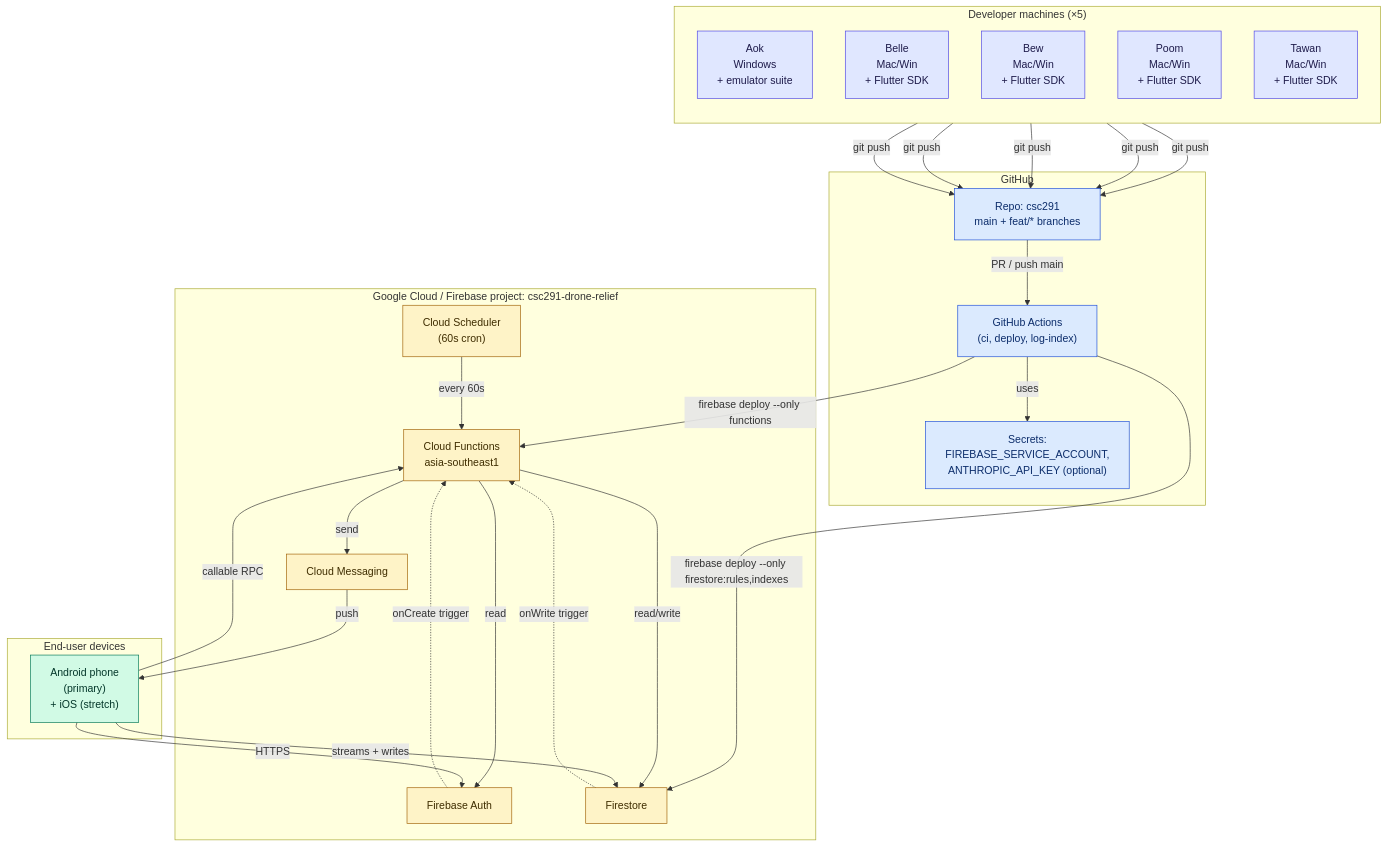
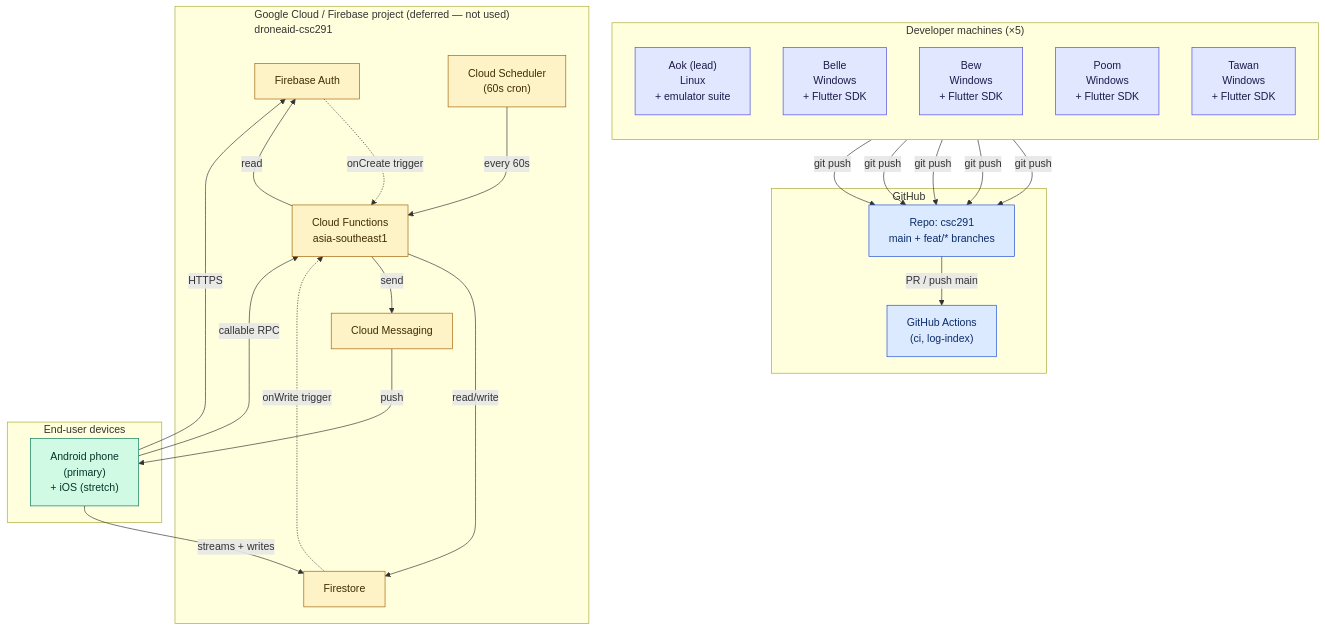
The first of 7 diagrams in docs/08-implementation-diagram.md (AokDesu/CSC291-DroneAid), drawn with Mermaid before and after one commit. The commit also changed 3 other files, not shown here.

First line of the commit message:
docs: align README + spec + impl-diagram with current state

````diff
--- a/docs/08-implementation-diagram.md
+++ b/docs/08-implementation-diagram.md
@@ -9,61 +9,57 @@
 ```mermaid
 flowchart TB
     subgraph dev["Developer machines (×5)"]
       direction TB
-      dev1["Aok<br/>Windows<br/>+ emulator suite"]
-      dev2["Belle<br/>Mac/Win<br/>+ Flutter SDK"]
-      dev3["Bew<br/>Mac/Win<br/>+ Flutter SDK"]
-      dev4["Poom<br/>Mac/Win<br/>+ Flutter SDK"]
-      dev5["Tawan<br/>Mac/Win<br/>+ Flutter SDK"]
+      dev1["Aok (lead)<br/>Linux<br/>+ emulator suite"]
+      dev2["Belle<br/>Windows<br/>+ Flutter SDK"]
+      dev3["Bew<br/>Windows<br/>+ Flutter SDK"]
+      dev4["Poom<br/>Windows<br/>+ Flutter SDK"]
+      dev5["Tawan<br/>Windows<br/>+ Flutter SDK"]
     end
 
     subgraph github["GitHub"]
       repo["Repo: csc291<br/>main + feat/* branches"]
-      actions["GitHub Actions<br/>(ci, deploy, log-index)"]
-      secrets["Secrets:<br/>FIREBASE_SERVICE_ACCOUNT,<br/>ANTHROPIC_API_KEY (optional)"]
+      actions["GitHub Actions<br/>(ci, log-index)"]
     end
 
-    subgraph gcp["Google Cloud / Firebase project: csc291-drone-relief"]
+    subgraph gcp["Google Cloud / Firebase project (deferred — not used)<br/>droneaid-csc291"]
       auth["Firebase Auth"]
       fs["Firestore"]
       cf["Cloud Functions<br/>asia-southeast1"]
       fcm["Cloud Messaging"]
       sched["Cloud Scheduler<br/>(60s cron)"]
     end
 
     subgraph endusers["End-user devices"]
       phone["Android phone<br/>(primary)<br/>+ iOS (stretch)"]
     end
 
     dev1 -- "git push" --> repo
     dev2 -- "git push" --> repo
     dev3 -- "git push" --> repo
     dev4 -- "git push" --> repo
     dev5 -- "git push" --> repo
 
     repo -- "PR / push main" --> actions
-    actions -- "uses" --> secrets
-    actions -- "firebase deploy --only functions" --> cf
-    actions -- "firebase deploy --only firestore:rules,indexes" --> fs
 
     sched -- "every 60s" --> cf
     cf -- "read/write" --> fs
     cf -- "read" --> auth
     cf -- "send" --> fcm
     auth -. "onCreate trigger" .-> cf
     fs -. "onWrite trigger" .-> cf
 
     phone -- "HTTPS" --> auth
     phone -- "streams + writes" --> fs
     phone -- "callable RPC" --> cf
     fcm -- "push" --> phone
 
     classDef dev fill:#e0e7ff,stroke:#4f46e5,color:#1e1b4b
     classDef cloud fill:#fef3c7,stroke:#a16207,color:#3f2d00
     classDef gh fill:#dbeafe,stroke:#1d4ed8,color:#0c2d6b
     classDef end_ fill:#d1fae5,stroke:#047857,color:#04372a
     class dev1,dev2,dev3,dev4,dev5 dev
     class auth,fs,cf,fcm,sched cloud
-    class repo,actions,secrets gh
+    class repo,actions gh
     class phone end_
 ```
````
